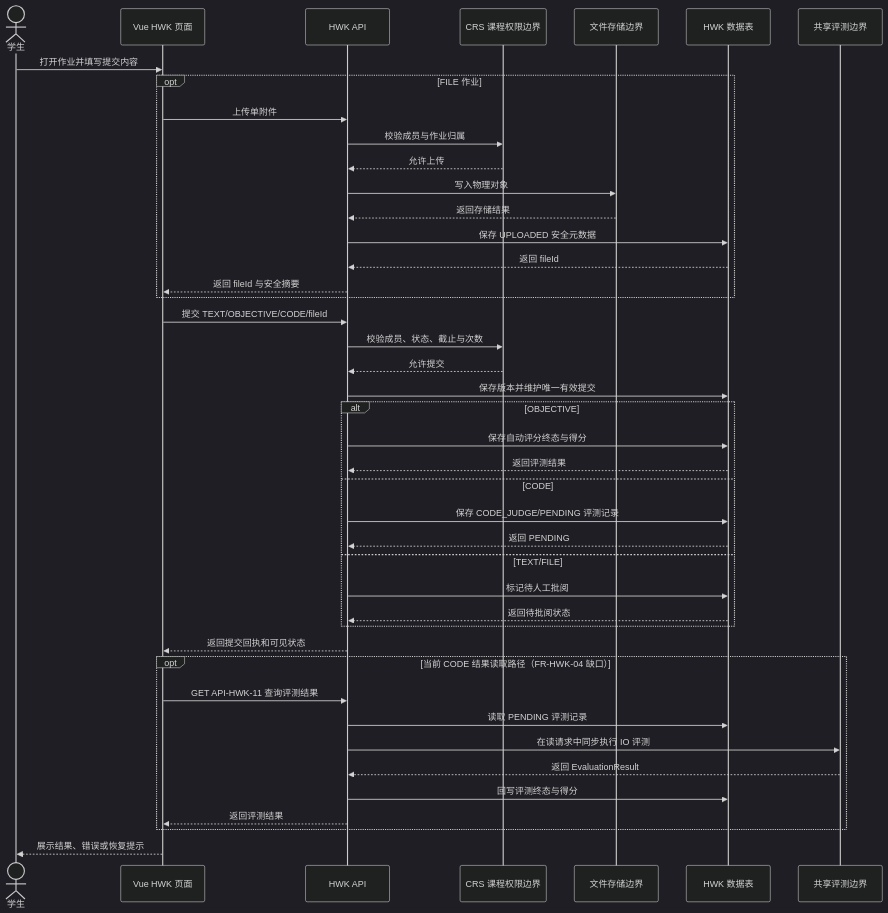
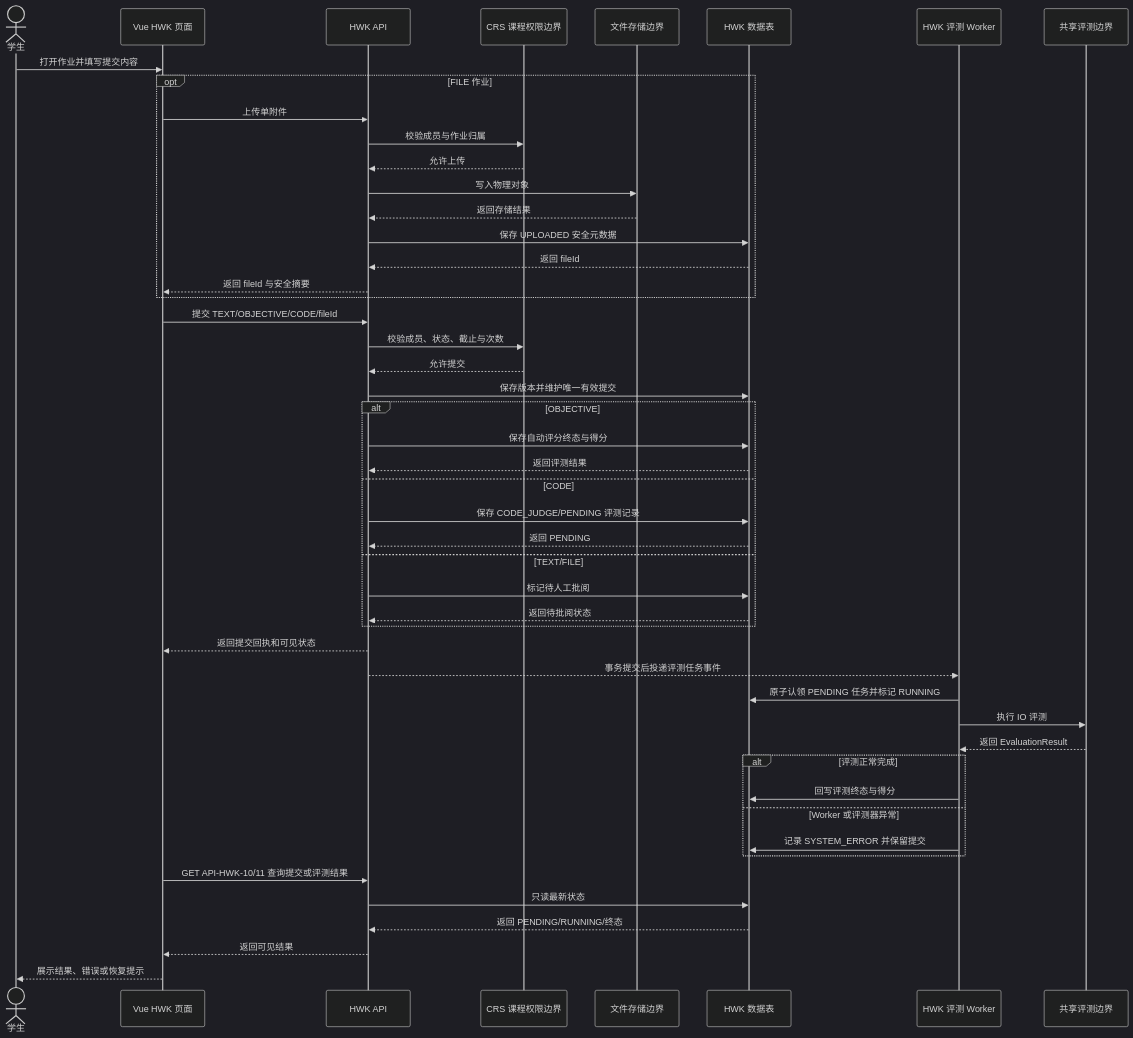
One commit to Cr4zyorange/OnlineJudge changed the diagram in docs/diagrams/arch/fig_5_2_hwk_01_submission_component.mmd. Above: the diagram before and after it, drawn with Mermaid (dark theme). The commit also changed 6 other files, not shown here.

Commit message:
docs(hwk): close async evaluation evidence

```diff
--- a/docs/diagrams/arch/fig_5_2_hwk_01_submission_component.mmd
+++ b/docs/diagrams/arch/fig_5_2_hwk_01_submission_component.mmd
@@ -1,43 +1,49 @@
 sequenceDiagram
   actor Student as 学生
   participant Frontend as Vue HWK 页面
   participant API as HWK API
   participant Permission as CRS 课程权限边界
   participant Storage as 文件存储边界
   participant DB as HWK 数据表
+  participant Worker as HWK 评测 Worker
   participant Evaluator as 共享评测边界
   Student->>Frontend: 打开作业并填写提交内容
   opt FILE 作业
     Frontend->>API: 上传单附件
     API->>Permission: 校验成员与作业归属
     Permission-->>API: 允许上传
     API->>Storage: 写入物理对象
     Storage-->>API: 返回存储结果
     API->>DB: 保存 UPLOADED 安全元数据
     DB-->>API: 返回 fileId
     API-->>Frontend: 返回 fileId 与安全摘要
   end
   Frontend->>API: 提交 TEXT/OBJECTIVE/CODE/fileId
   API->>Permission: 校验成员、状态、截止与次数
   Permission-->>API: 允许提交
   API->>DB: 保存版本并维护唯一有效提交
   alt OBJECTIVE
     API->>DB: 保存自动评分终态与得分
     DB-->>API: 返回评测结果
   else CODE
     API->>DB: 保存 CODE_JUDGE/PENDING 评测记录
     DB-->>API: 返回 PENDING
   else TEXT/FILE
     API->>DB: 标记待人工批阅
     DB-->>API: 返回待批阅状态
   end
   API-->>Frontend: 返回提交回执和可见状态
-  opt 当前 CODE 结果读取路径（FR-HWK-04 缺口）
-    Frontend->>API: GET API-HWK-11 查询评测结果
-    API->>DB: 读取 PENDING 评测记录
-    API->>Evaluator: 在读请求中同步执行 IO 评测
-    Evaluator-->>API: 返回 EvaluationResult
-    API->>DB: 回写评测终态与得分
-    API-->>Frontend: 返回评测结果
+  API-->>Worker: 事务提交后投递评测任务事件
+  Worker->>DB: 原子认领 PENDING 任务并标记 RUNNING
+  Worker->>Evaluator: 执行 IO 评测
+  Evaluator-->>Worker: 返回 EvaluationResult
+  alt 评测正常完成
+    Worker->>DB: 回写评测终态与得分
+  else Worker 或评测器异常
+    Worker->>DB: 记录 SYSTEM_ERROR 并保留提交
   end
+  Frontend->>API: GET API-HWK-10/11 查询提交或评测结果
+  API->>DB: 只读最新状态
+  DB-->>API: 返回 PENDING/RUNNING/终态
+  API-->>Frontend: 返回可见结果
   Frontend-->>Student: 展示结果、错误或恢复提示
```
